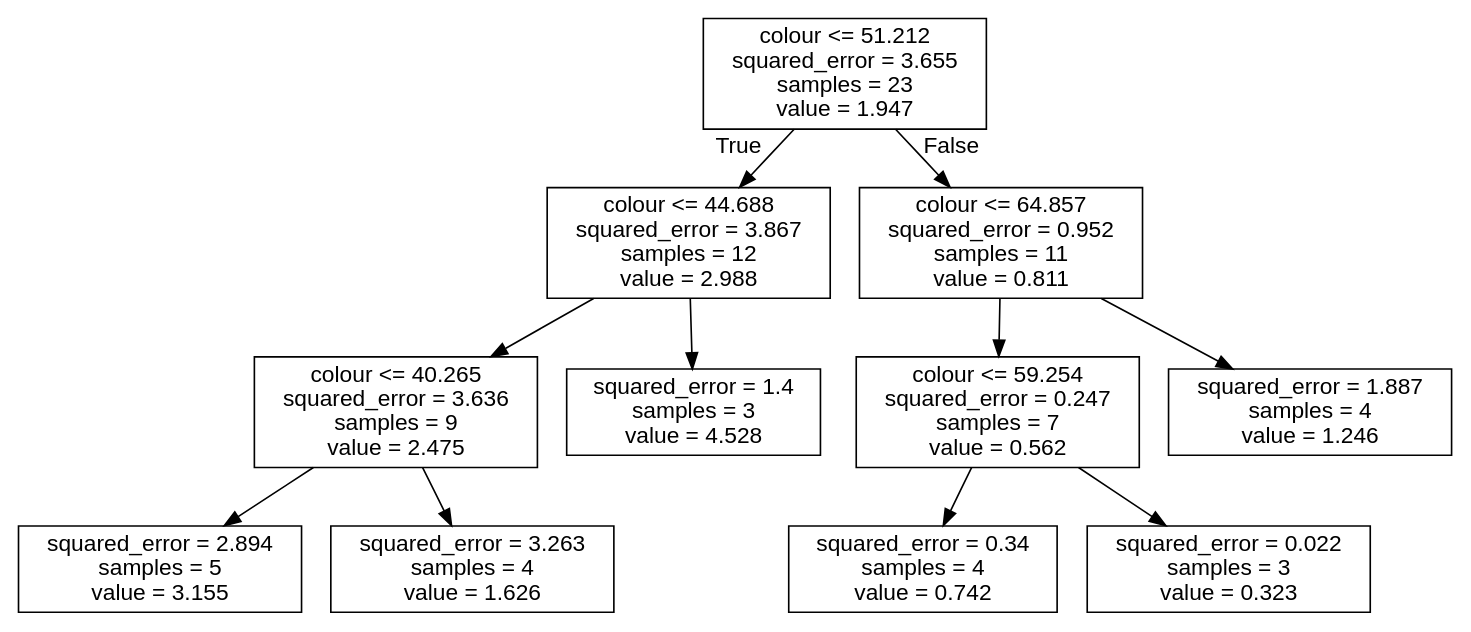
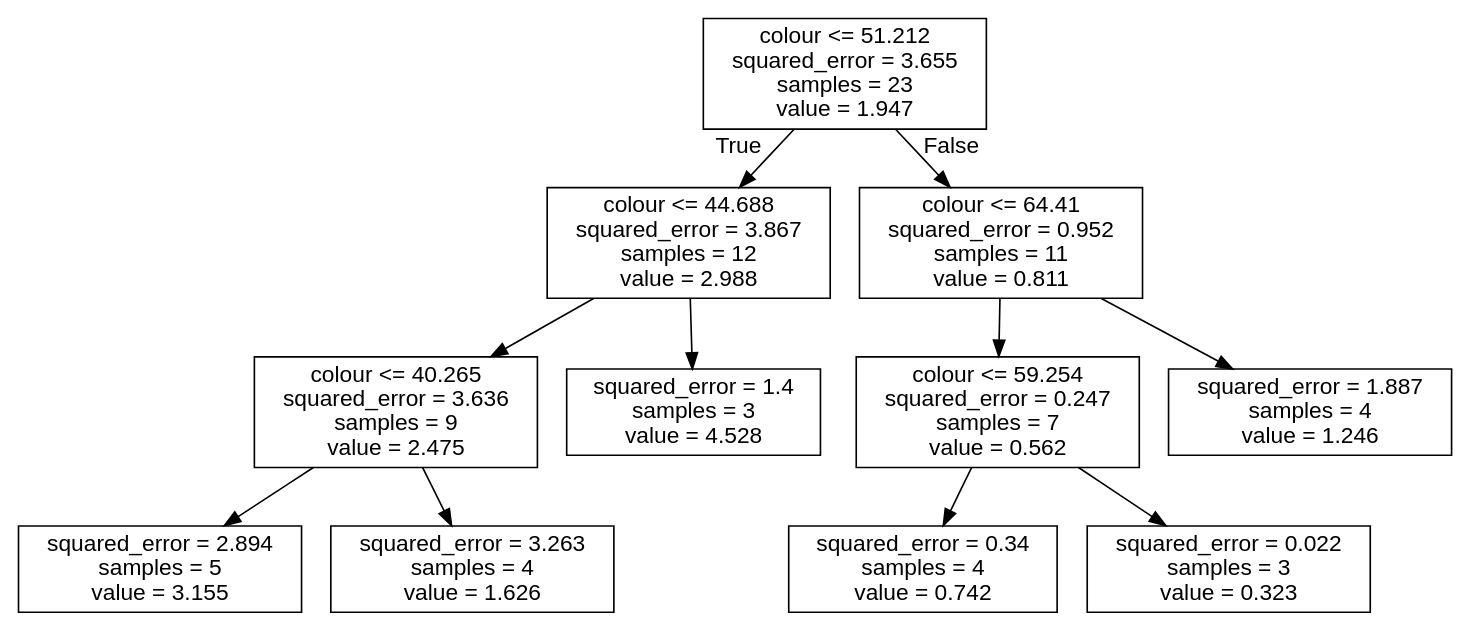
The diagram in Figures/Discretization_regTrees/DotFiles/6Mseasons_cyano-colour.dot (LeahJB/gbn-vansjo), drawn with Graphviz before and after one commit. The commit also changed 97 other files, not shown here.

```diff
--- a/Figures/Discretization_regTrees/DotFiles/6Mseasons_cyano-colour.dot
+++ b/Figures/Discretization_regTrees/DotFiles/6Mseasons_cyano-colour.dot
@@ -1,25 +1,25 @@
 digraph Tree {
 node [shape=box, fontname="helvetica"] ;
 edge [fontname="helvetica"] ;
 0 [label="colour <= 51.212\nsquared_error = 3.655\nsamples = 23\nvalue = 1.947"] ;
 1 [label="colour <= 44.688\nsquared_error = 3.867\nsamples = 12\nvalue = 2.988"] ;
 0 -> 1 [labeldistance=2.5, labelangle=45, headlabel="True"] ;
 3 [label="colour <= 40.265\nsquared_error = 3.636\nsamples = 9\nvalue = 2.475"] ;
 1 -> 3 ;
 5 [label="squared_error = 2.894\nsamples = 5\nvalue = 3.155"] ;
 3 -> 5 ;
 6 [label="squared_error = 3.263\nsamples = 4\nvalue = 1.626"] ;
 3 -> 6 ;
 4 [label="squared_error = 1.4\nsamples = 3\nvalue = 4.528"] ;
 1 -> 4 ;
-2 [label="colour <= 64.857\nsquared_error = 0.952\nsamples = 11\nvalue = 0.811"] ;
+2 [label="colour <= 64.41\nsquared_error = 0.952\nsamples = 11\nvalue = 0.811"] ;
 0 -> 2 [labeldistance=2.5, labelangle=-45, headlabel="False"] ;
 7 [label="colour <= 59.254\nsquared_error = 0.247\nsamples = 7\nvalue = 0.562"] ;
 2 -> 7 ;
 9 [label="squared_error = 0.34\nsamples = 4\nvalue = 0.742"] ;
 7 -> 9 ;
 10 [label="squared_error = 0.022\nsamples = 3\nvalue = 0.323"] ;
 7 -> 10 ;
 8 [label="squared_error = 1.887\nsamples = 4\nvalue = 1.246"] ;
 2 -> 8 ;
 }
```
